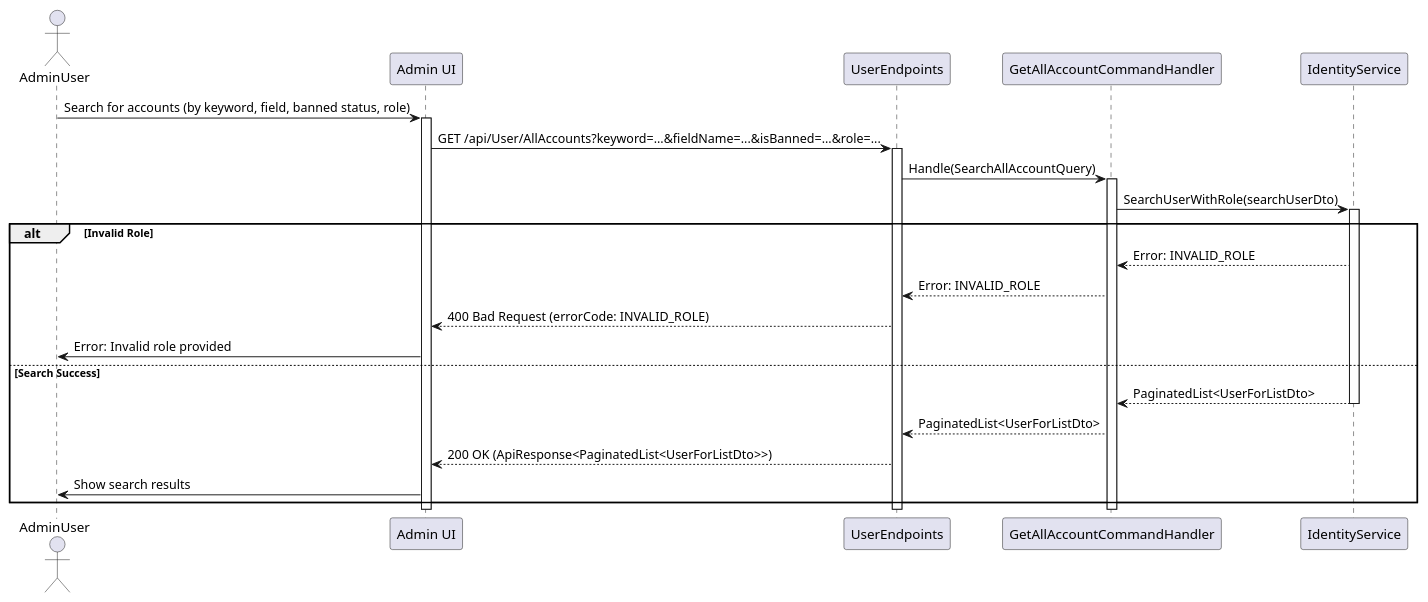
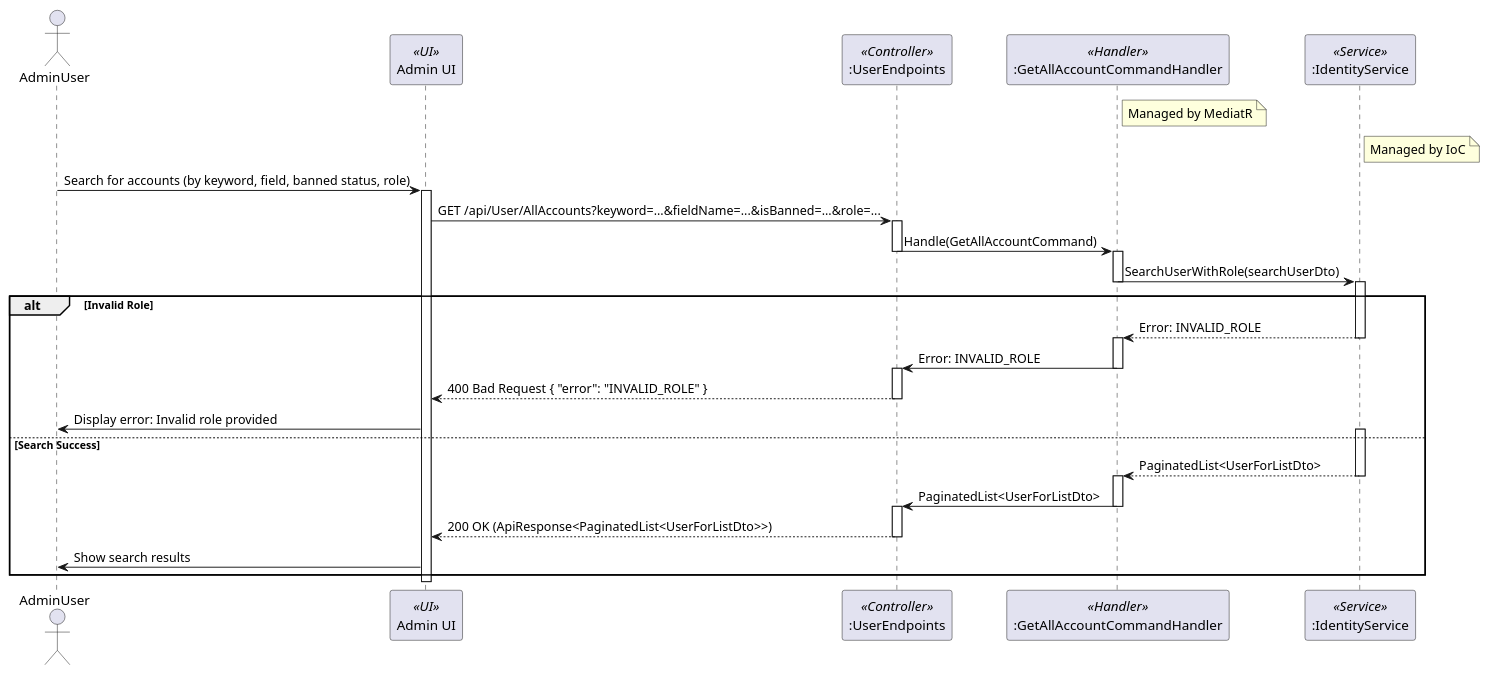
One commit to thanhkhac/SEP_Diagram changed the diagram in Users/Sequence/SearchAllAccountQuery.puml. Above: the diagram before and after it, drawn with PlantUML. The commit also changed 23 other files, not shown here.

First line of the commit message:
Enhance sequence diagrams with detailed flow and roles

```diff
--- a/Users/Sequence/SearchAllAccountQuery.puml
+++ b/Users/Sequence/SearchAllAccountQuery.puml
@@ -1,31 +1,50 @@
 @startuml
 actor AdminUser
-participant "Admin UI" as UI
-participant UserEndpoints
-participant GetAllAccountCommandHandler as Handler
-participant IdentityService
+participant "Admin UI" as UI <<UI>>
+participant ":UserEndpoints" as UserEndpoints <<Controller>>
+participant ":GetAllAccountCommandHandler" as GetAllAccountCommandHandler <<Handler>>
+participant ":IdentityService" as IdentityService <<Service>>
+
+note right of GetAllAccountCommandHandler
+  Managed by MediatR
+end note
+
+note right of IdentityService
+  Managed by IoC
+end note
 
 AdminUser -> UI : Search for accounts (by keyword, field, banned status, role)
 activate UI
 UI -> UserEndpoints : GET /api/User/AllAccounts?keyword=...&fieldName=...&isBanned=...&role=...
 activate UserEndpoints
-UserEndpoints -> Handler : Handle(SearchAllAccountQuery)
-activate Handler
-Handler -> IdentityService : SearchUserWithRole(searchUserDto)
+UserEndpoints -> GetAllAccountCommandHandler : Handle(GetAllAccountCommand)
+deactivate UserEndpoints
+activate GetAllAccountCommandHandler
+GetAllAccountCommandHandler -> IdentityService : SearchUserWithRole(searchUserDto)
+deactivate GetAllAccountCommandHandler
 activate IdentityService
 alt Invalid Role
-    IdentityService --> Handler : Error: INVALID_ROLE
-    Handler --> UserEndpoints : Error: INVALID_ROLE
-    UserEndpoints --> UI : 400 Bad Request (errorCode: INVALID_ROLE)
-    UI -> AdminUser : Error: Invalid role provided
+    IdentityService --> GetAllAccountCommandHandler : Error: INVALID_ROLE
+    deactivate IdentityService
+    activate GetAllAccountCommandHandler
+    GetAllAccountCommandHandler -> UserEndpoints : Error: INVALID_ROLE
+    deactivate GetAllAccountCommandHandler
+    activate UserEndpoints
+    UserEndpoints --> UI : 400 Bad Request { "error": "INVALID_ROLE" }
+    deactivate UserEndpoints
+    UI -> AdminUser : Display error: Invalid role provided
 else Search Success
-    IdentityService --> Handler : PaginatedList<UserForListDto>
+    activate IdentityService
+    IdentityService --> GetAllAccountCommandHandler : PaginatedList<UserForListDto>
     deactivate IdentityService
-    Handler --> UserEndpoints : PaginatedList<UserForListDto>
+    activate GetAllAccountCommandHandler
+    GetAllAccountCommandHandler -> UserEndpoints : PaginatedList<UserForListDto>
+    deactivate GetAllAccountCommandHandler
+    activate UserEndpoints
     UserEndpoints --> UI : 200 OK (ApiResponse<PaginatedList<UserForListDto>>)
+    deactivate UserEndpoints
     UI -> AdminUser : Show search results
 end
-deactivate Handler
-deactivate UserEndpoints
 deactivate UI
+
 @enduml
```
